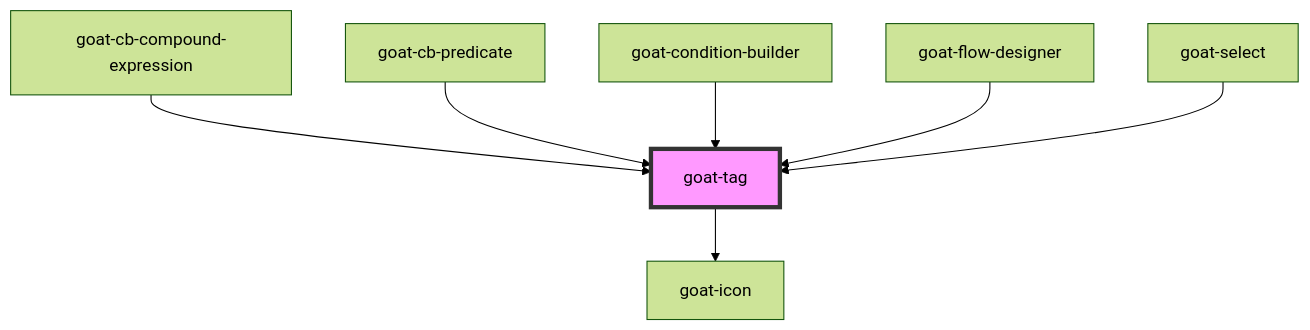
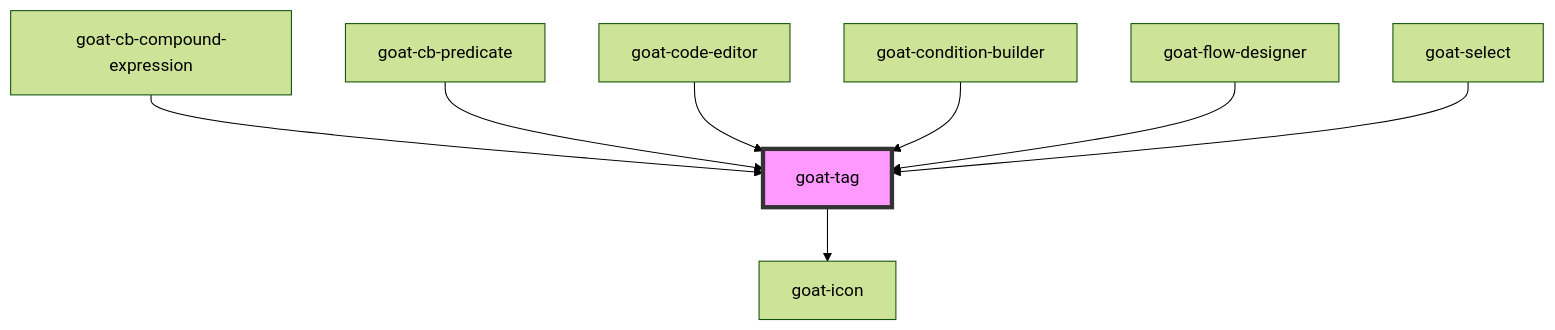
Before and after one commit to goatui/components: the diagram in src/components/tag/readme.md, drawn with Mermaid (forest theme). The commit also changed other lines of this file and 279 other files, not shown here.

````diff
--- a/src/components/tag/readme.md
+++ b/src/components/tag/readme.md
@@ -43,10 +44,11 @@
 ```mermaid
 graph TD;
   goat-tag --> goat-icon
   goat-cb-compound-expression --> goat-tag
   goat-cb-predicate --> goat-tag
+  goat-code-editor --> goat-tag
   goat-condition-builder --> goat-tag
   goat-flow-designer --> goat-tag
   goat-select --> goat-tag
   style goat-tag fill:#f9f,stroke:#333,stroke-width:4px
 ```
````
